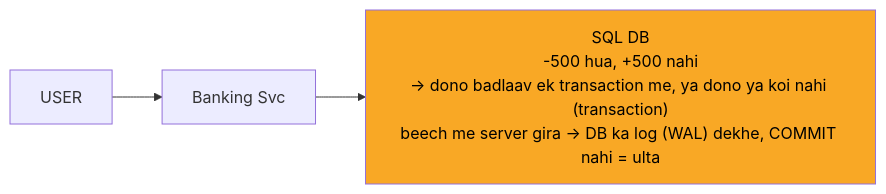
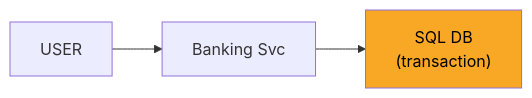
One commit to ArpanMaheshwari144/Prep changed the diagram in 04_HLD/SYSTEM_DESIGNS/13_banking_system/img/c1.mmd. Above: the diagram before and after it, drawn with Mermaid. The commit also changed 46 other files, not shown here.

```diff
--- a/04_HLD/SYSTEM_DESIGNS/13_banking_system/img/c1.mmd
+++ b/04_HLD/SYSTEM_DESIGNS/13_banking_system/img/c1.mmd
@@ -1,8 +1,8 @@
 %%{init: {"flowchart": {"wrappingWidth": 450}}}%%
 flowchart LR
     n_USER["USER"]
     n_SVC["Banking Svc"]
-    n_DB["SQL DB<br/>-500 hua, +500 nahi<br/>-> dono badlaav ek transaction me, ya dono ya koi nahi (transaction)<br/>beech me server gira -> DB ka log (WAL) dekhe, COMMIT nahi = ulta"]
+    n_DB["SQL DB<br/>(transaction)"]
     n_USER --> n_SVC
     n_SVC --> n_DB
     style n_DB fill:#f9a825,color:#000
```
